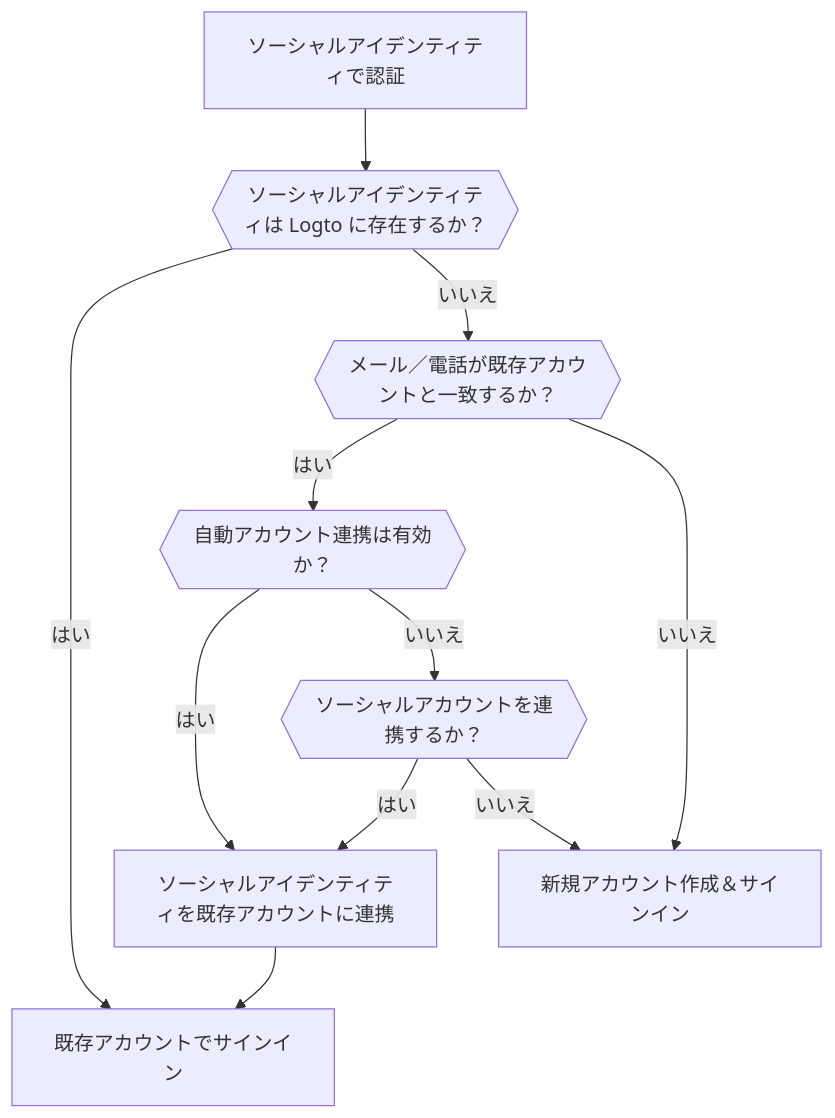
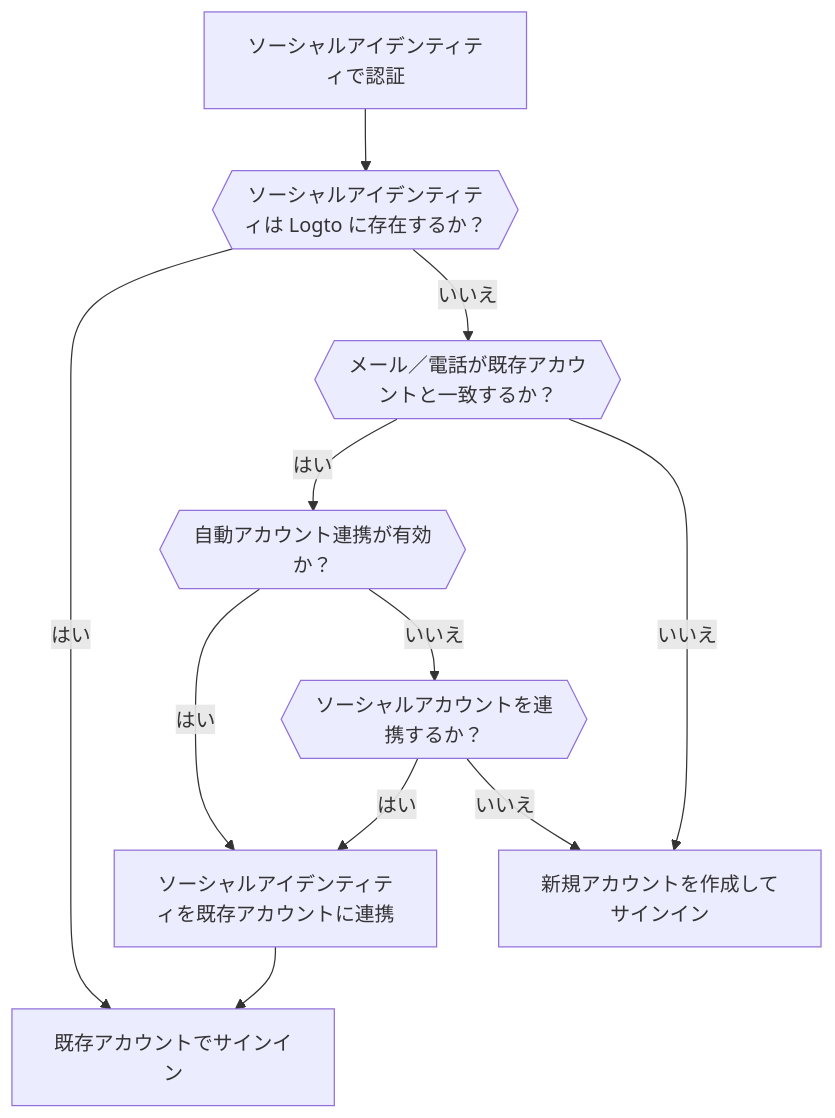
The second of 6 diagrams in i18n/ja/docusaurus-plugin-content-docs/current/end-user-flows/sign-up-and-sign-in/social-sign-in.mdx (logto-io/docs), drawn with Mermaid before and after one commit. The commit also changed other lines of this file and 67 other files, not shown here.

````diff
--- a/i18n/ja/docusaurus-plugin-content-docs/current/end-user-flows/sign-up-and-sign-in/social-sign-in.mdx
+++ b/i18n/ja/docusaurus-plugin-content-docs/current/end-user-flows/sign-up-and-sign-in/social-sign-in.mdx
@@ -86,13 +86,13 @@
     ```mermaid
     flowchart TD
     A[ソーシャルアイデンティティで認証] --> B{{ソーシャルアイデンティティは Logto に存在するか？}}
     B -- はい --> C[既存アカウントでサインイン]
     B -- いいえ --> D{{メール／電話が既存アカウントと一致するか？}}
-    D -- はい --> E{{自動アカウント連携は有効か？}}
+    D -- はい --> E{{自動アカウント連携が有効か？}}
     E -- はい --> G[ソーシャルアイデンティティを既存アカウントに連携]
     G --> C
-    D -- いいえ --> H[新規アカウント作成＆サインイン]
+    D -- いいえ --> H[新規アカウントを作成してサインイン]
     E -- いいえ --> I{{ソーシャルアカウントを連携するか？}}
     I -- はい --> G
     I -- いいえ --> H
     ```
````
